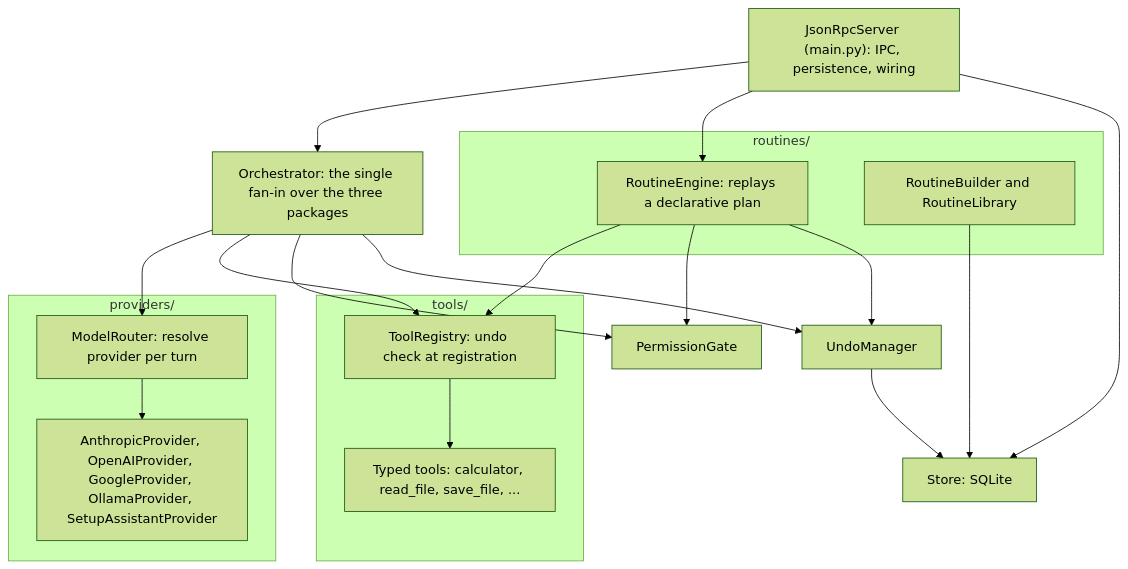
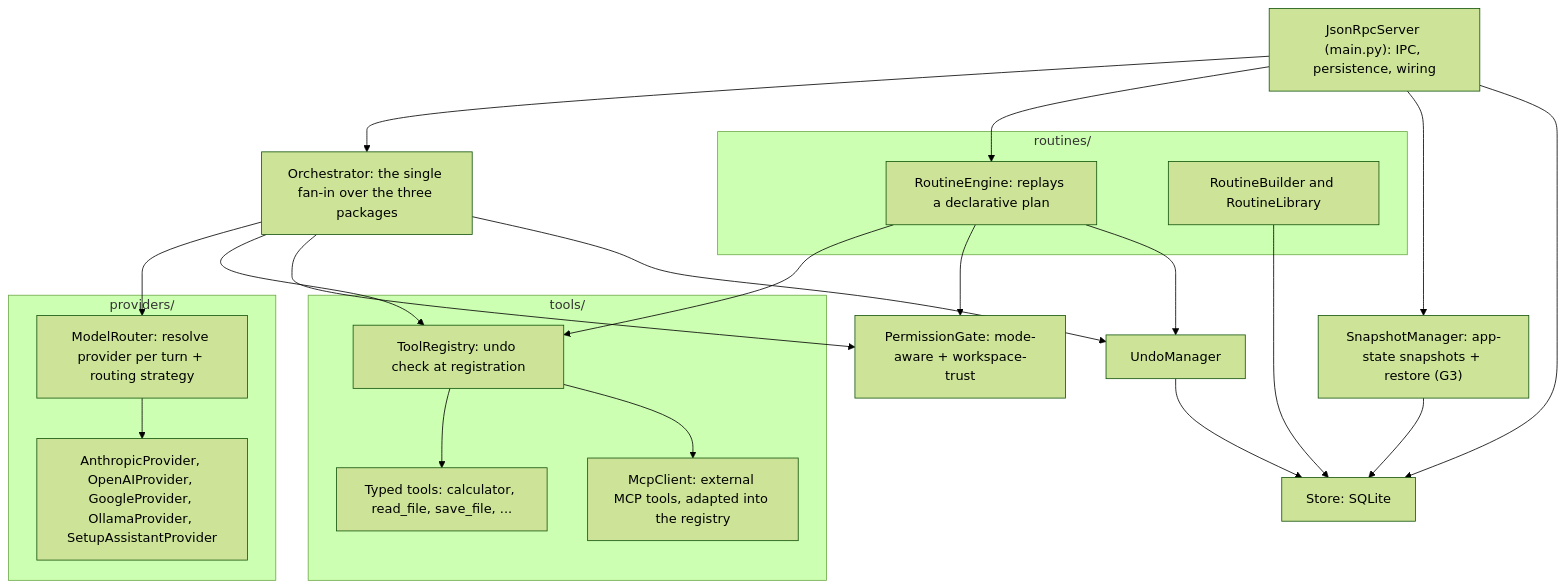
One commit to N041M/Addison changed the second of 2 diagrams in docs/architecture.md. Above: the diagram before and after it, drawn with Mermaid (forest theme). The commit also changed other lines of this file and 8 other files, not shown here.

````diff
--- a/docs/architecture.md
+++ b/docs/architecture.md
@@ -79,37 +116,42 @@
 ```mermaid
 flowchart TB
     Server["JsonRpcServer (main.py): IPC, persistence, wiring"]
     Orch["Orchestrator: the single fan-in over the three packages"]
 
     subgraph tools["tools/"]
         TR["ToolRegistry: undo check at registration"]
         Tool["Typed tools: calculator, read_file, save_file, ..."]
+        MCP["McpClient: external MCP tools, adapted into the registry"]
     end
     subgraph providers["providers/"]
-        MR["ModelRouter: resolve provider per turn"]
+        MR["ModelRouter: resolve provider per turn + routing strategy"]
         Prov["AnthropicProvider, OpenAIProvider, GoogleProvider, OllamaProvider, SetupAssistantProvider"]
     end
     subgraph routines["routines/"]
         RE["RoutineEngine: replays a declarative plan"]
         RBL["RoutineBuilder and RoutineLibrary"]
     end
 
-    PG["PermissionGate"]
+    PG["PermissionGate: mode-aware + workspace-trust"]
     UM["UndoManager"]
+    SM["SnapshotManager: app-state snapshots + restore (G3)"]
     Store["Store: SQLite"]
 
     Server --> Orch
     Server --> RE
+    Server --> SM
     Orch --> MR
     MR --> Prov
     Orch --> TR
     TR --> Tool
+    TR --> MCP
     Orch --> PG
     Orch --> UM
     RE --> TR
     RE --> PG
     RE --> UM
     UM --> Store
+    SM --> Store
     RBL --> Store
     Server --> Store
 ```
````
